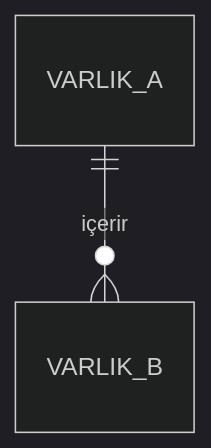
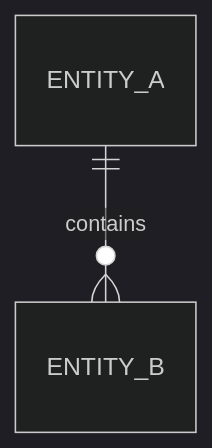
Before and after one commit to GktuOktay/claude-agency-v2: the third of 4 diagrams in templates/spec-tam.md, drawn with Mermaid (dark theme). The commit also changed other lines of this file and 12 other files, not shown here.

````diff
--- a/templates/spec-tam.md
+++ b/templates/spec-tam.md
@@ -42,5 +42,5 @@
 ```mermaid
-%% Soru: varlıklar arasındaki ilişki nedir?
+%% Question: how are the entities related?
 erDiagram
-  VARLIK_A ||--o{ VARLIK_B : içerir
+  ENTITY_A ||--o{ ENTITY_B : contains
 ```
````
